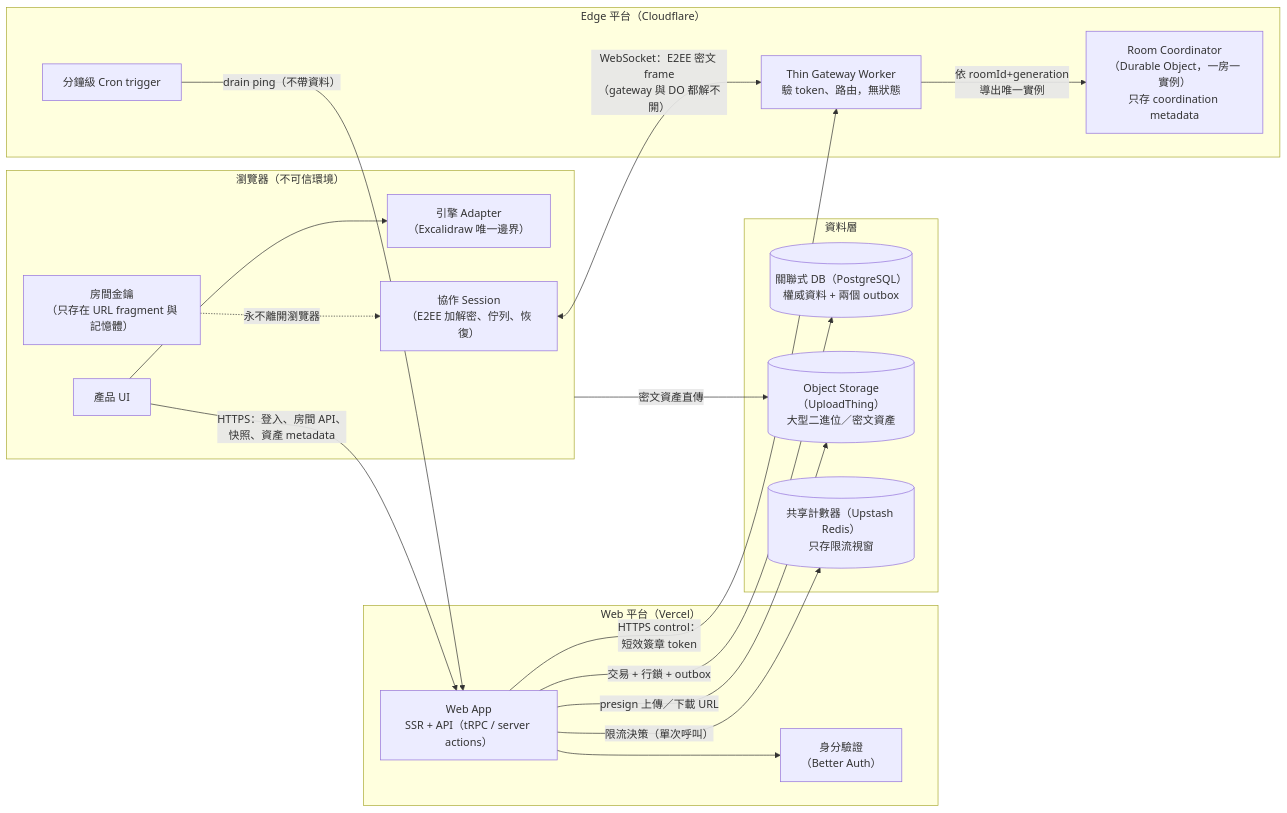
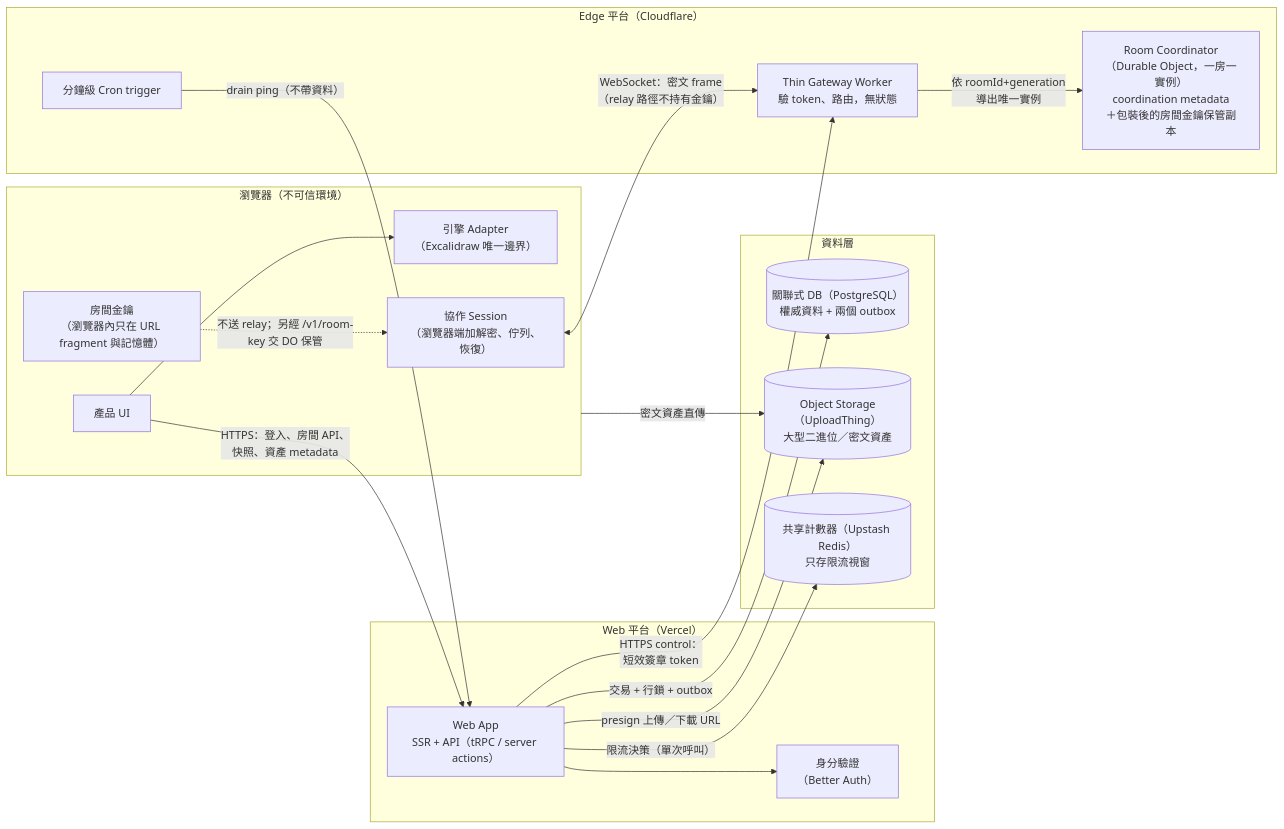
Before and after one commit to EricTsai83/drawstuff: the first of 2 diagrams in docs/system-design/system-overview.md, drawn with Mermaid. The commit also changed other lines of this file and 20 other files, not shown here.

````diff
--- a/docs/system-design/system-overview.md
+++ b/docs/system-design/system-overview.md
@@ -9,40 +9,40 @@
 ```mermaid
 flowchart LR
     subgraph Browser["瀏覽器（不可信環境）"]
         UI["產品 UI"]
         Adapter["引擎 Adapter<br/>（Excalidraw 唯一邊界）"]
-        Session["協作 Session<br/>（E2EE 加解密、佇列、恢復）"]
-        Key["房間金鑰<br/>（只存在 URL fragment 與記憶體）"]
+        Session["協作 Session<br/>（瀏覽器端加解密、佇列、恢復）"]
+        Key["房間金鑰<br/>（瀏覽器內只在 URL fragment 與記憶體）"]
     end
 
     subgraph WebPlatform["Web 平台（Vercel）"]
         Web["Web App<br/>SSR + API（tRPC / server actions）"]
         Auth["身分驗證<br/>（Better Auth）"]
     end
 
     subgraph DataLayer["資料層"]
         PG[("關聯式 DB（PostgreSQL）<br/>權威資料 + 兩個 outbox")]
         OS[("Object Storage（UploadThing）<br/>大型二進位／密文資產")]
         Redis[("共享計數器（Upstash Redis）<br/>只存限流視窗")]
     end
 
     subgraph EdgePlatform["Edge 平台（Cloudflare）"]
         GW["Thin Gateway Worker<br/>驗 token、路由，無狀態"]
-        DO["Room Coordinator<br/>（Durable Object，一房一實例）<br/>只存 coordination metadata"]
+        DO["Room Coordinator<br/>（Durable Object，一房一實例）<br/>coordination metadata<br/>＋包裝後的房間金鑰保管副本"]
         Cron["分鐘級 Cron trigger"]
     end
 
     UI --> Adapter
     UI -->|"HTTPS：登入、房間 API、<br/>快照、資產 metadata"| Web
     Web --> Auth
     Web -->|"交易 + 行鎖 + outbox"| PG
     Web -->|"presign 上傳／下載 URL"| OS
     Web -->|"限流決策（單次呼叫）"| Redis
-    Session <-->|"WebSocket：E2EE 密文 frame<br/>（gateway 與 DO 都解不開）"| GW
+    Session <-->|"WebSocket：密文 frame<br/>（relay 路徑不持有金鑰）"| GW
     GW -->|"依 roomId+generation<br/>導出唯一實例"| DO
     Web -->|"HTTPS control：<br/>短效簽章 token"| GW
     Cron -->|"drain ping（不帶資料）"| Web
     Browser -->|"密文資產直傳"| OS
 
-    Key -. "永不離開瀏覽器" .-> Session
+    Key -. "不送 relay；另經 /v1/room-key 交 DO 保管" .-> Session
 ```
````
